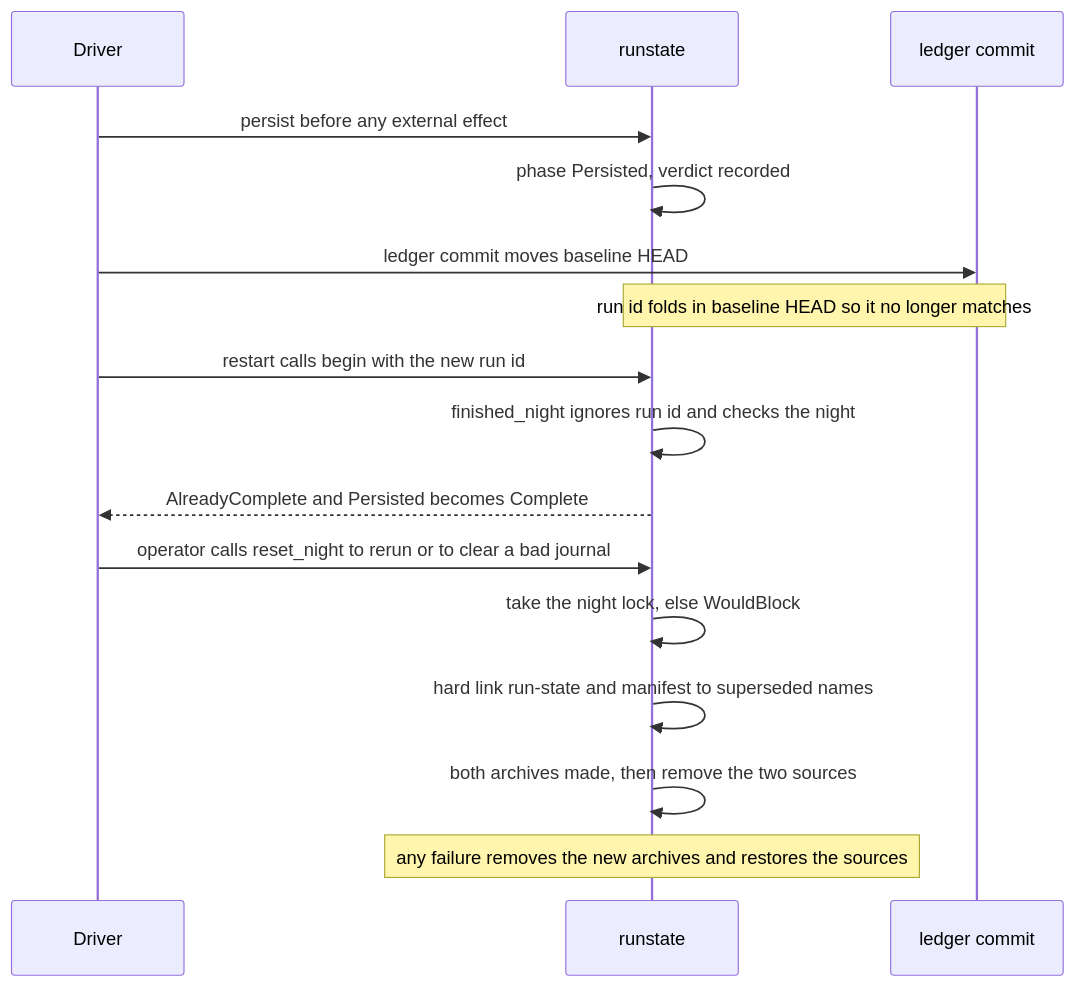
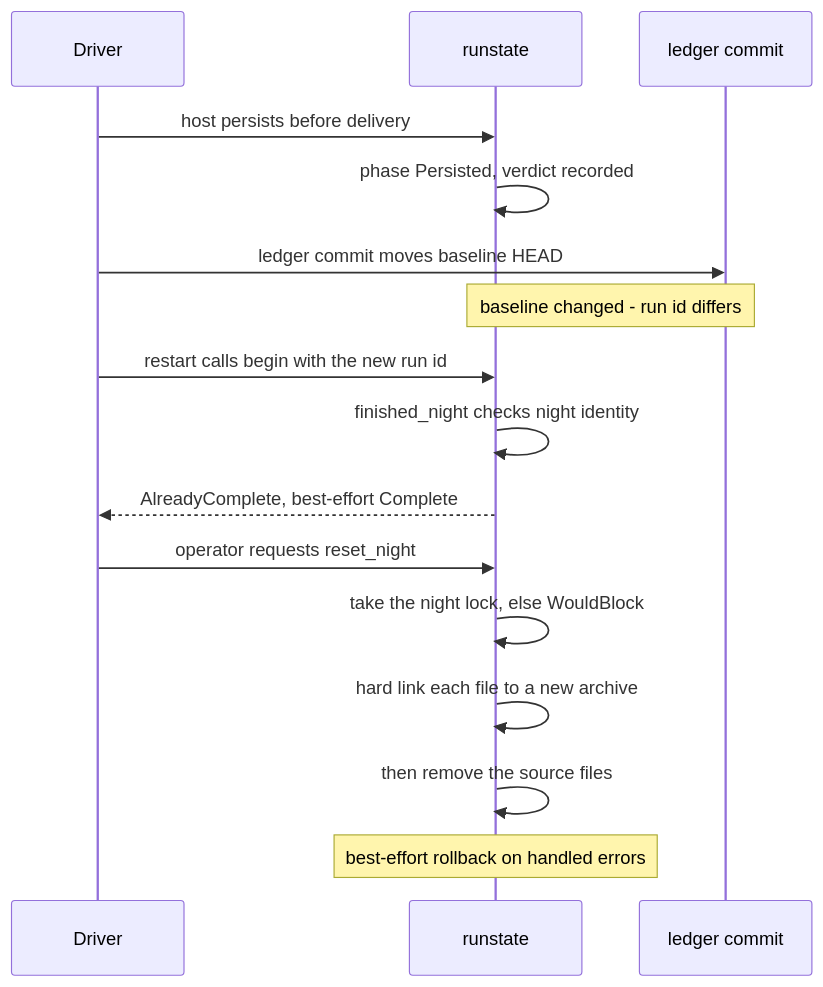
The third of 4 diagrams in docs/diagrams/nightly/01-the-nightly-loop-and-run-state.md (DreamLab-AI/dream-engine), drawn with Mermaid before and after one commit. The commit also changed other lines of this file and 11 other files, not shown here.

Commit message:
docs: reconcile all dream-engine diagrams with current source contracts

````diff
--- a/docs/diagrams/nightly/01-the-nightly-loop-and-run-state.md
+++ b/docs/diagrams/nightly/01-the-nightly-loop-and-run-state.md
@@ -149,18 +136,18 @@
 ```mermaid
 sequenceDiagram
     participant D as Driver
     participant J as runstate
     participant G as ledger commit
-    D->>J: persist before any external effect
+    D->>J: host persists before delivery
     J->>J: phase Persisted, verdict recorded
     D->>G: ledger commit moves baseline HEAD
-    Note over J,G: run id folds in baseline HEAD so it no longer matches
+    Note over J,G: baseline changed - run id differs
     D->>J: restart calls begin with the new run id
-    J->>J: finished_night ignores run id and checks the night
-    J-->>D: AlreadyComplete and Persisted becomes Complete
-    D->>J: operator calls reset_night to rerun or to clear a bad journal
+    J->>J: finished_night checks night identity
+    J-->>D: AlreadyComplete, best-effort Complete
+    D->>J: operator requests reset_night
     J->>J: take the night lock, else WouldBlock
-    J->>J: hard link run-state and manifest to superseded names
-    J->>J: both archives made, then remove the two sources
-    Note over J: any failure removes the new archives and restores the sources
+    J->>J: hard link each file to a new archive
+    J->>J: then remove the source files
+    Note over J: best-effort rollback on handled errors
 ```
````
